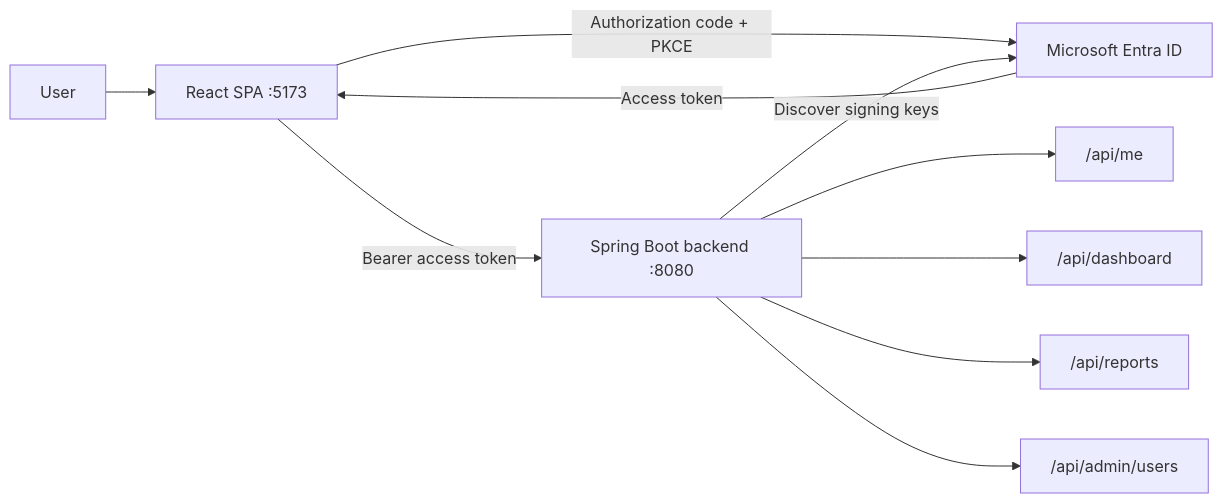
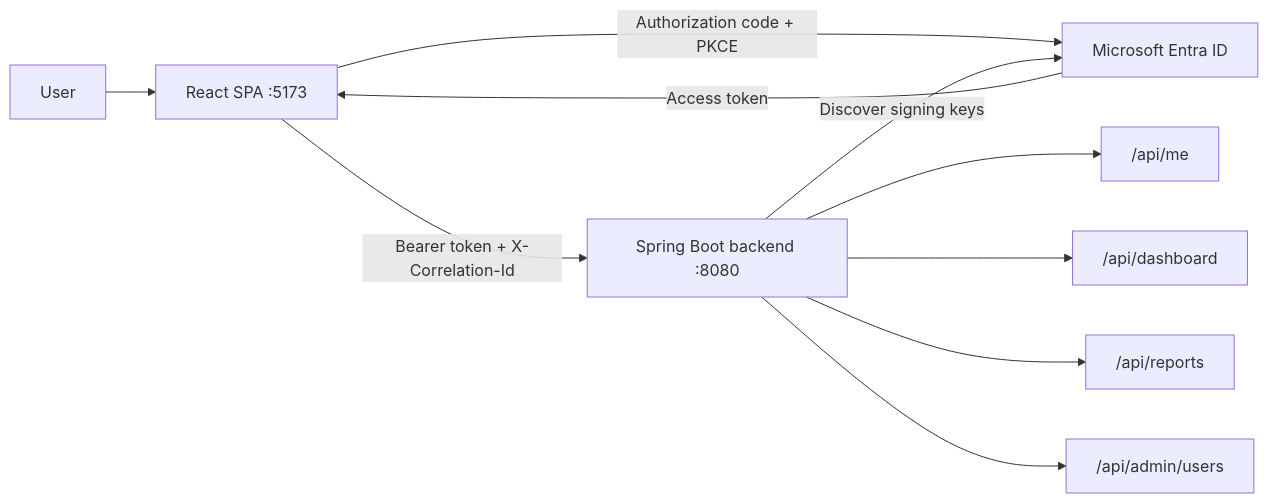
The first of 2 diagrams in README.md (vinodhkumarp/entra-sso-react-spring-reference), drawn with Mermaid before and after one commit. The commit also changed other lines of this file and 38 other files, not shown here.

````diff
--- a/README.md
+++ b/README.md
@@ -22,12 +24,12 @@
 ```mermaid
 flowchart LR
     User["User"] --> UI["React SPA :5173"]
     UI -->|"Authorization code + PKCE"| Entra["Microsoft Entra ID"]
     Entra -->|"Access token"| UI
-    UI -->|"Bearer access token"| API["Spring Boot backend :8080"]
+    UI -->|"Bearer token + X-Correlation-Id"| API["Spring Boot backend :8080"]
     API -->|"Discover signing keys"| Entra
     API --> Me["/api/me"]
     API --> Dashboard["/api/dashboard"]
     API --> Reports["/api/reports"]
     API --> Admin["/api/admin/users"]
 ```
````
